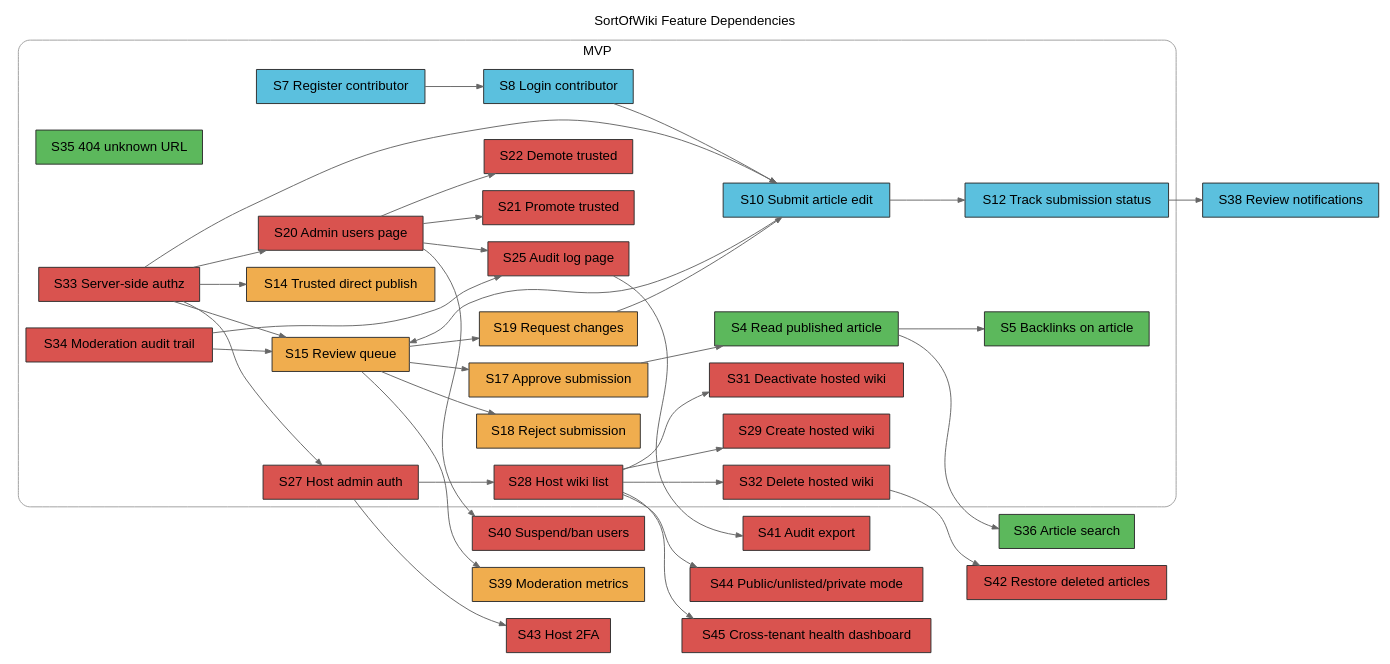
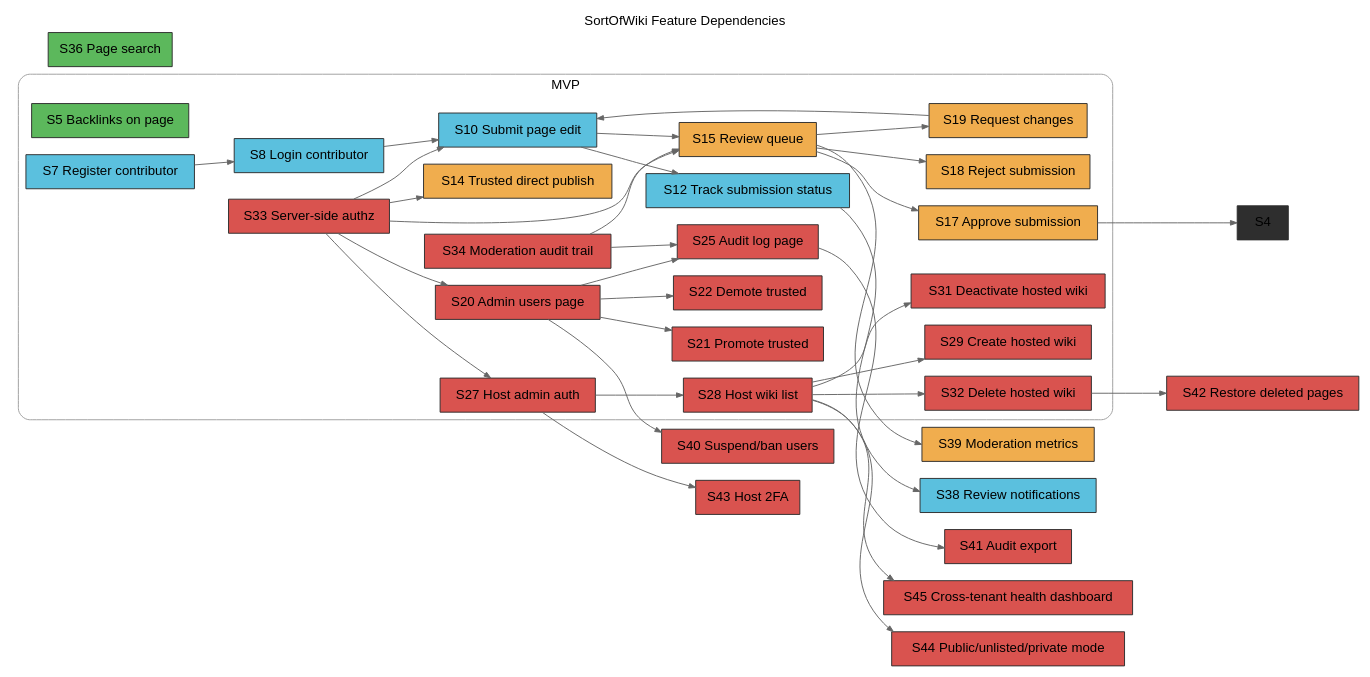
Before and after one commit to Janiczek/sortofwiki: the diagram in spec/user-stories.md, drawn with Graphviz. The commit also changed other lines of this file and 21 other files, not shown here.

```diff
--- a/spec/user-stories.md
+++ b/spec/user-stories.md
@@ -88,12 +88,10 @@
     color="#9e9e9e";
     style="rounded";
 
-    S35 [label="S35 404 unknown URL", fillcolor="#5cb85c"];
-    S4 [label="S4 Read published article", fillcolor="#5cb85c"];
-    S5 [label="S5 Backlinks on article", fillcolor="#5cb85c"];
+    S5 [label="S5 Backlinks on page", fillcolor="#5cb85c"];
     S7 [label="S7 Register contributor", fillcolor="#5bc0de"];
     S8 [label="S8 Login contributor", fillcolor="#5bc0de"];
-    S10 [label="S10 Submit article edit", fillcolor="#5bc0de"];
+    S10 [label="S10 Submit page edit", fillcolor="#5bc0de"];
     S12 [label="S12 Track submission status", fillcolor="#5bc0de"];
     S14 [label="S14 Trusted direct publish", fillcolor="#f0ad4e"];
     S15 [label="S15 Review queue", fillcolor="#f0ad4e"];
@@ -114,19 +112,17 @@
   }
 
   // Non-MVP nodes outside cluster
-  S36 [label="S36 Article search", fillcolor="#5cb85c"];
+  S36 [label="S36 Page search", fillcolor="#5cb85c"];
   S38 [label="S38 Review notifications", fillcolor="#5bc0de"];
   S39 [label="S39 Moderation metrics", fillcolor="#f0ad4e"];
   S40 [label="S40 Suspend/ban users", fillcolor="#d9534f"];
   S41 [label="S41 Audit export", fillcolor="#d9534f"];
-  S42 [label="S42 Restore deleted articles", fillcolor="#d9534f"];
+  S42 [label="S42 Restore deleted pages", fillcolor="#d9534f"];
   S43 [label="S43 Host 2FA", fillcolor="#d9534f"];
   S44 [label="S44 Public/unlisted/private mode", fillcolor="#d9534f"];
   S45 [label="S45 Cross-tenant health dashboard", fillcolor="#d9534f"];
 
   // Core dependency edges
-  S4 -> S5;
-
   S7 -> S8;
   S8 -> S10;
   S10 -> S12;
@@ -157,7 +153,6 @@
   S34 -> S15;
 
   // Post-MVP dependencies
-  S4 -> S36;
   S12 -> S38;
   S15 -> S39;
   S20 -> S40;
```
